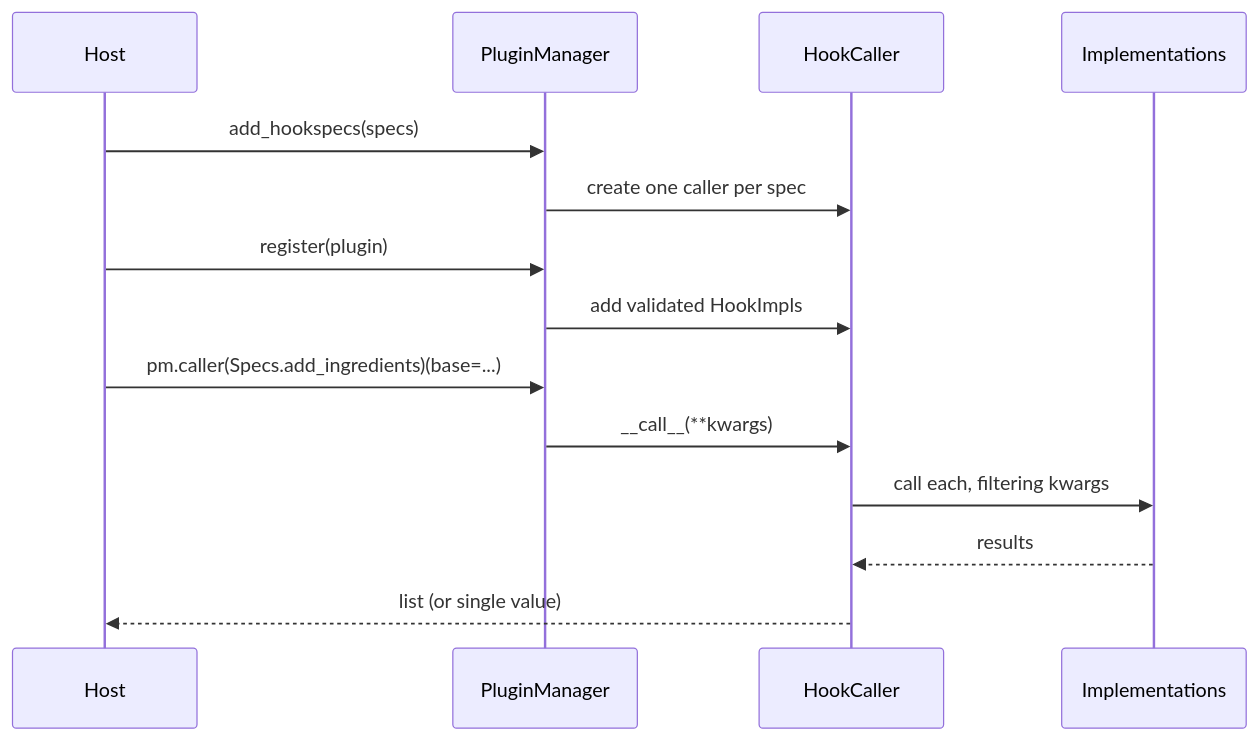
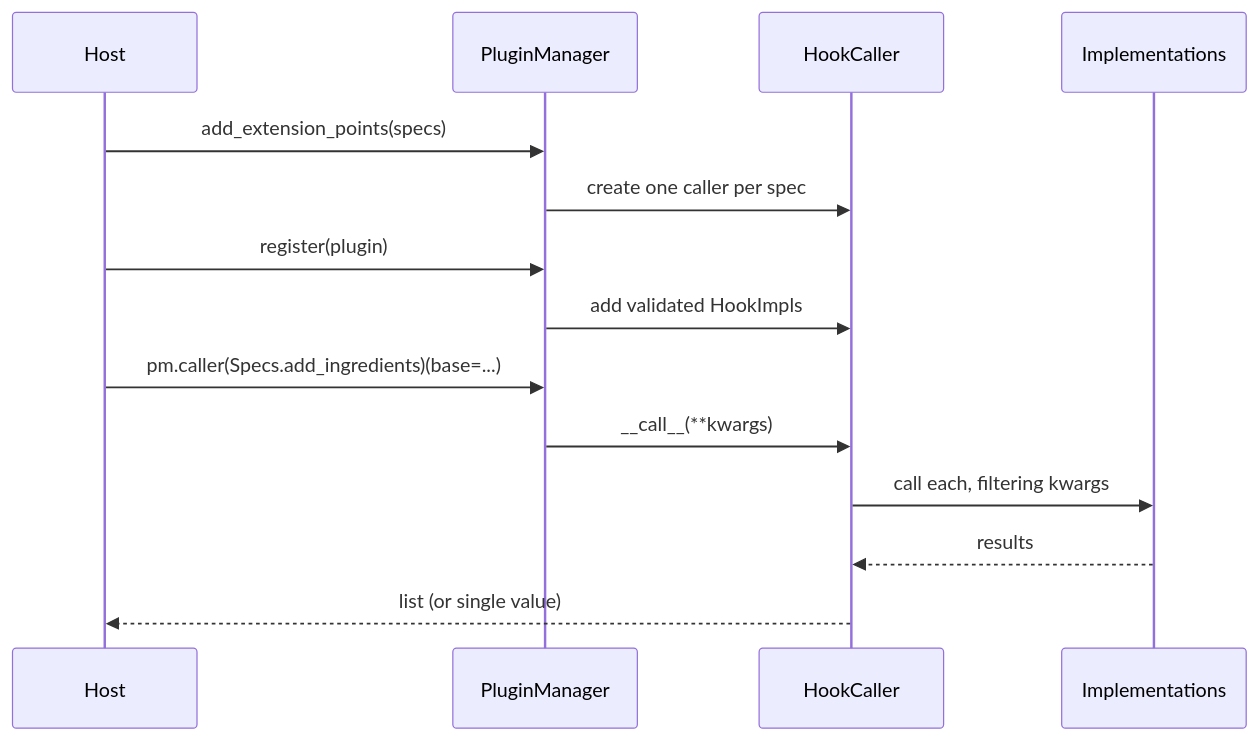
The diagram in docs/concepts/plugin-manager.md (winterop-com/pluginkit), drawn with Mermaid before and after one commit. The commit also changed other lines of this file and 53 other files, not shown here.

````diff
--- a/docs/concepts/plugin-manager.md
+++ b/docs/concepts/plugin-manager.md
@@ -8,16 +8,16 @@
 ```mermaid
 sequenceDiagram
     participant Host
     participant PM as PluginManager
     participant HC as HookCaller
     participant Impl as Implementations
-    Host->>PM: add_hookspecs(specs)
+    Host->>PM: add_extension_points(specs)
     PM->>HC: create one caller per spec
     Host->>PM: register(plugin)
     PM->>HC: add validated HookImpls
     Host->>PM: pm.caller(Specs.add_ingredients)(base=...)
     PM->>HC: __call__(**kwargs)
     HC->>Impl: call each, filtering kwargs
     Impl-->>HC: results
     HC-->>Host: list (or single value)
 ```
````
